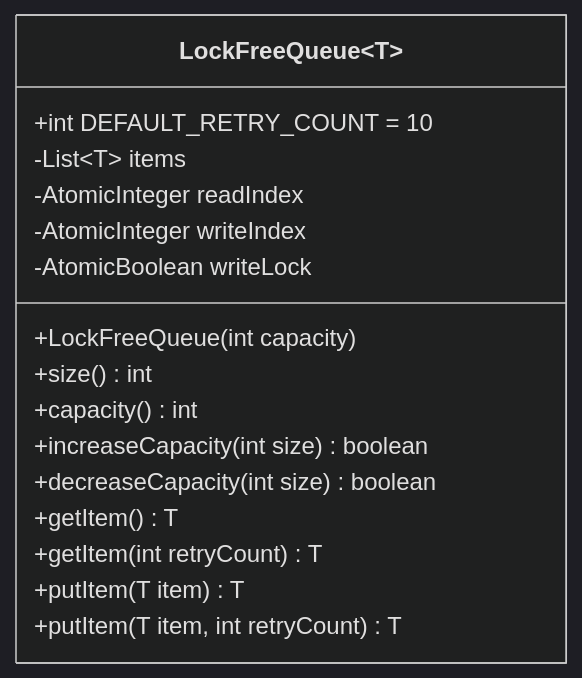
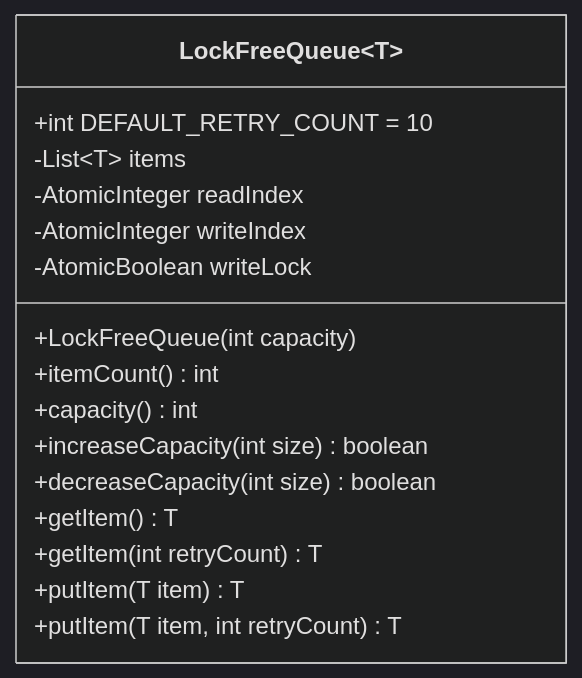
The diagram in design/r2/dd/Lock-free Queue.md (Inactionware/uapi.doc), drawn with Mermaid (dark theme) before and after one commit. The commit also changed other lines of this file, not shown here.

````diff
--- a/design/r2/dd/Lock-free Queue.md
+++ b/design/r2/dd/Lock-free Queue.md
@@ -25,20 +31,20 @@
 ```mermaid
 classDiagram
 
 class LockFreeQueue~T~ {
 	+int DEFAULT_RETRY_COUNT = 10
 	-List~T~ items
 	-AtomicInteger readIndex
 	-AtomicInteger writeIndex
 	-AtomicBoolean writeLock
 	+LockFreeQueue(int capacity)
-	+size() int
+	+itemCount() int
 	+capacity() int
 	+increaseCapacity(int size) boolean
 	+decreaseCapacity(int size) boolean
 	+getItem() T
 	+getItem(int retryCount) T
 	+putItem(T item) T
 	+putItem(T item, int retryCount) T
 }
 ```
````
